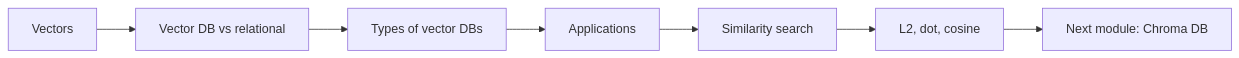
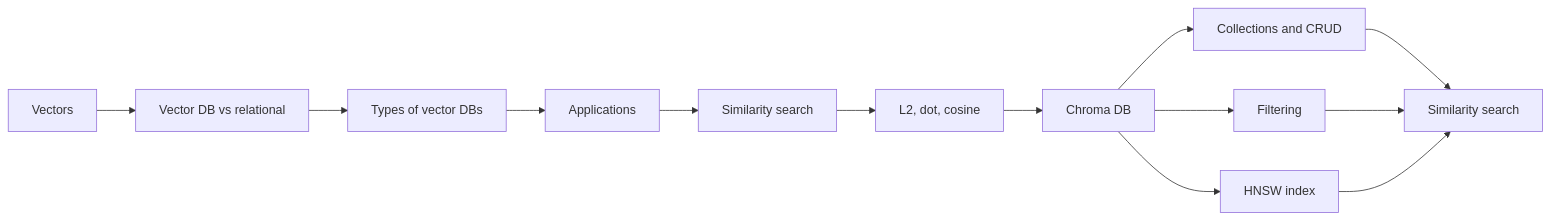
The first of 21 diagrams in course3/module1/README.md (Thommans-Playground/coursera-IBM-RAG-Agentic-AI-Professional-Certificate), drawn with Mermaid before and after one commit. The commit also changed other lines of this file and 6 other files, not shown here.

````diff
--- a/course3/module1/README.md
+++ b/course3/module1/README.md
@@ -40,9 +46,15 @@
 ```mermaid
 flowchart LR
     A["Vectors"] --> B["Vector DB vs relational"]
     B --> C["Types of vector DBs"]
     C --> D["Applications"]
     D --> E["Similarity search"]
     E --> F["L2, dot, cosine"]
-    F --> G["Next module: Chroma DB"]
+    F --> G["Chroma DB"]
+    G --> H["Collections and CRUD"]
+    G --> I["Filtering"]
+    G --> J["HNSW index"]
+    H --> K["Similarity search"]
+    I --> K
+    J --> K
 ```
````
